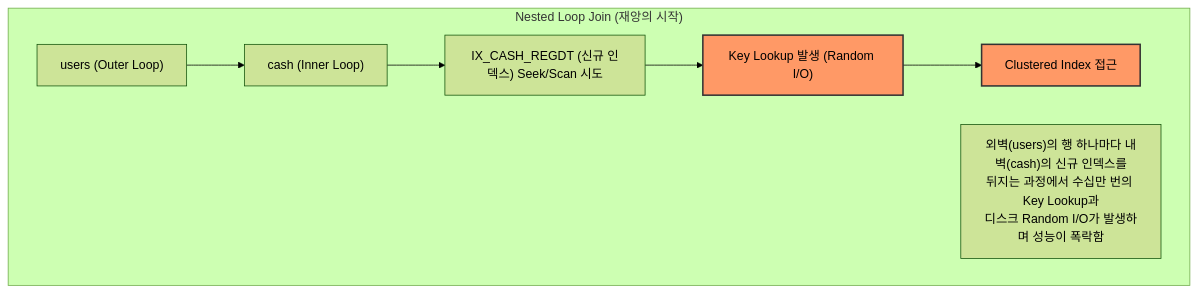
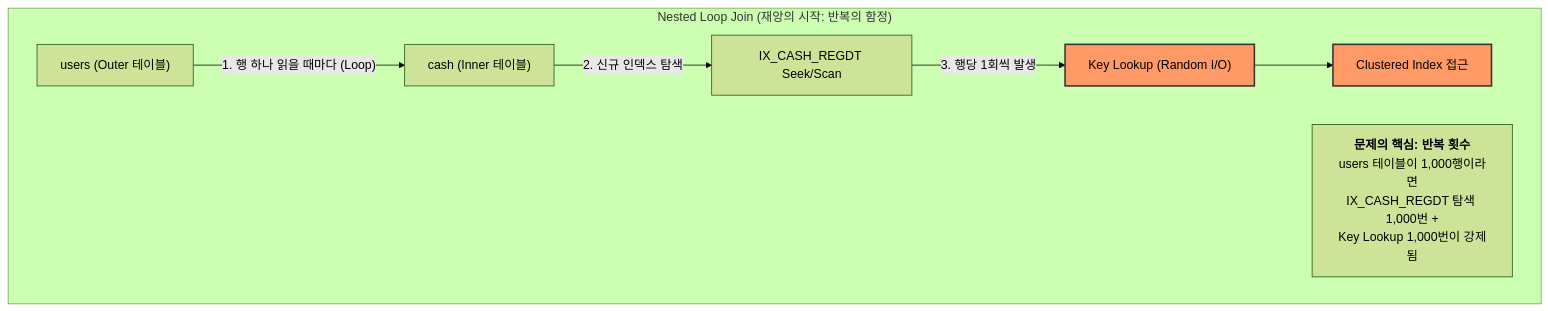
Before and after one commit to muzzaiwork/candidate: the second of 4 diagrams in troubleshooting/payletter_index_optimization.md, drawn with Mermaid (forest theme). The commit also changed other lines of this file, not shown here.

Commit message:
Enhance explanation of Nested Loop Join disaster with analogies and clear metrics

````diff
--- a/troubleshooting/payletter_index_optimization.md
+++ b/troubleshooting/payletter_index_optimization.md
@@ -63,15 +64,15 @@
 ```mermaid
 graph TD
-    subgraph "Nested Loop Join (재앙의 시작)"
-        U_Outer["users (Outer Loop)"] --> C_Inner["cash (Inner Loop)"]
+    subgraph "Nested Loop Join (재앙의 시작: 반복의 함정)"
+        U_Outer["users (Outer 테이블)"] -- "1. 행 하나 읽을 때마다 (Loop)" --> C_Inner["cash (Inner 테이블)"]
         
-        C_Inner --> N["IX_CASH_REGDT (신규 인덱스) Seek/Scan 시도"]
-        N --> K["Key Lookup 발생 (Random I/O)"]
+        C_Inner -- "2. 신규 인덱스 탐색" --> N["IX_CASH_REGDT Seek/Scan"]
+        N -- "3. 행당 1회씩 발생" --> K["Key Lookup (Random I/O)"]
         K --> C_L["Clustered Index 접근"]
         
-        note2["외벽(users)의 행 하나마다 내벽(cash)의 신규 인덱스를<br/>뒤지는 과정에서 수십만 번의 Key Lookup과<br/>디스크 Random I/O가 발생하며 성능이 폭락함"]
+        note2["<b>문제의 핵심: 반복 횟수</b><br/>users 테이블이 1,000행이라면<br/>IX_CASH_REGDT 탐색 1,000번 +<br/>Key Lookup 1,000번이 강제됨"]
     end
 
     style K fill:#f96,stroke:#333,stroke-width:2px
     style C_L fill:#f96,stroke:#333,stroke-width:2px
 ```
````
